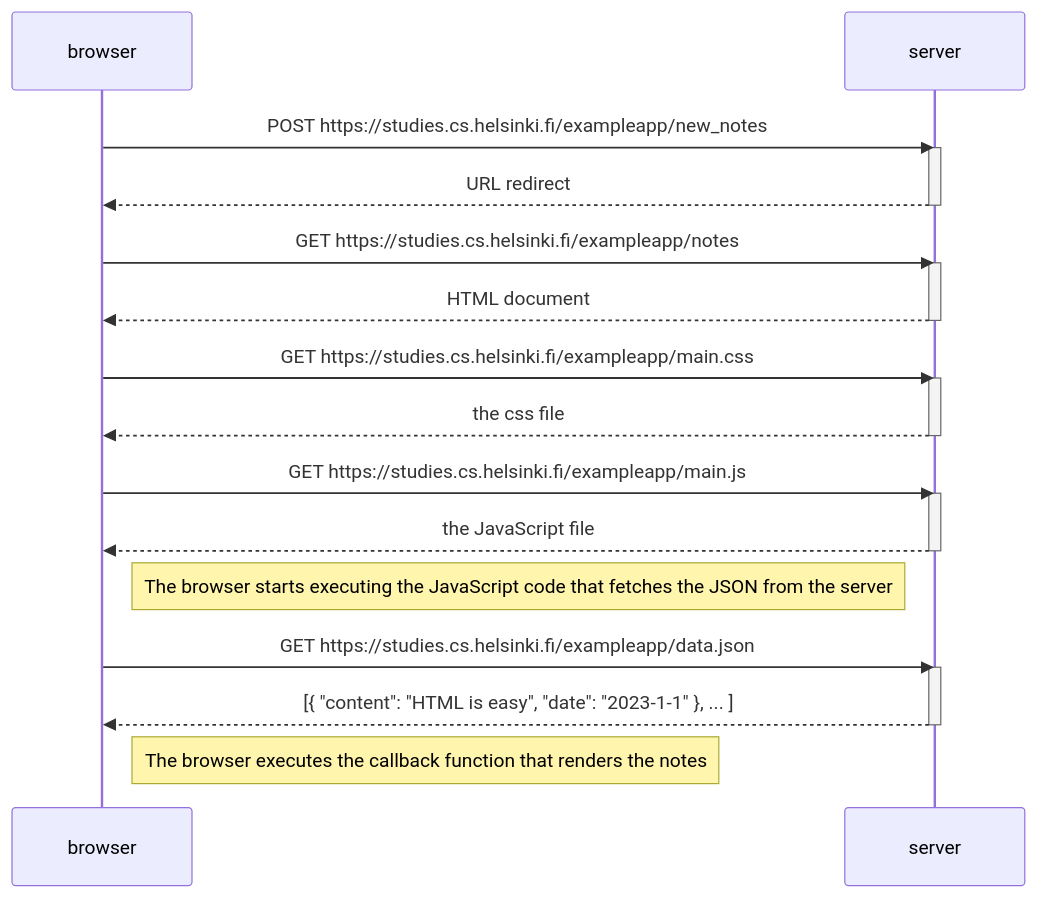
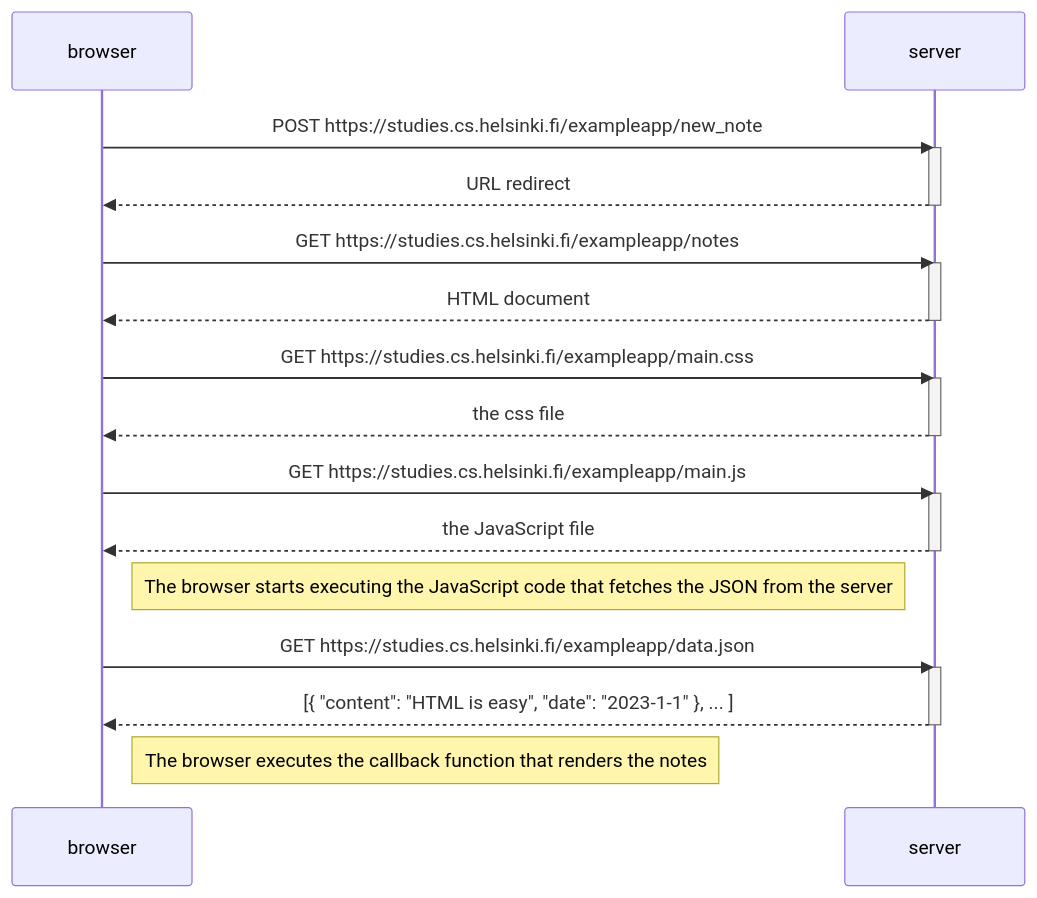
The diagram in ex0-4.md (xRiceFarmer/fso-part0), drawn with Mermaid before and after one commit.

````diff
--- a/ex0-4.md
+++ b/ex0-4.md
@@ -2,35 +2,35 @@
 ```mermaid
   sequenceDiagram
     participant browser
     participant server
 
-    browser->>server: POST https://studies.cs.helsinki.fi/exampleapp/new_notes
+    browser->>server: POST https://studies.cs.helsinki.fi/exampleapp/new_note
     activate server
     server-->>browser: URL redirect
     deactivate server
 
 
     browser->>server: GET https://studies.cs.helsinki.fi/exampleapp/notes
     activate server
     server-->>browser: HTML document
     deactivate server
 
     browser->>server: GET https://studies.cs.helsinki.fi/exampleapp/main.css
     activate server
     server-->>browser: the css file
     deactivate server
 
     browser->>server: GET https://studies.cs.helsinki.fi/exampleapp/main.js
     activate server
     server-->>browser: the JavaScript file
     deactivate server
 
     Note right of browser: The browser starts executing the JavaScript code that fetches the JSON from the server
 
     browser->>server: GET https://studies.cs.helsinki.fi/exampleapp/data.json
     activate server
     server-->>browser: [{ "content": "HTML is easy", "date": "2023-1-1" }, ... ]
     deactivate server
 
     Note right of browser: The browser executes the callback function that renders the notes
 ```
````
